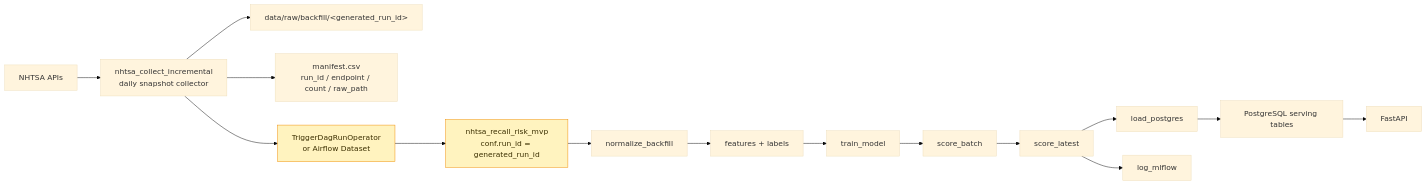
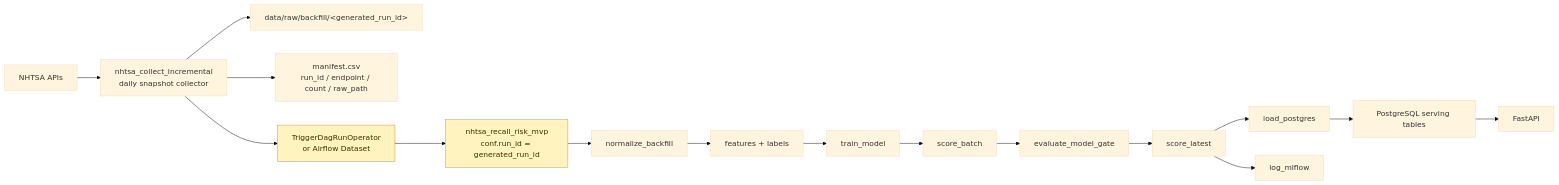
One commit to belucent0/vehicle-recall-risk-mlops changed the third of 5 diagrams in docs/ARCHITECTURE_VISUALIZATION.md. Above: the diagram before and after it, drawn with Mermaid (base theme). The commit also changed other lines of this file and 12 other files, not shown here.

Commit message:
Add model promotion gate

````diff
--- a/docs/ARCHITECTURE_VISUALIZATION.md
+++ b/docs/ARCHITECTURE_VISUALIZATION.md
@@ -163,22 +166,23 @@
 ```mermaid
 flowchart LR
     nhtsa["NHTSA APIs"] --> collect["nhtsa_collect_incremental<br/>daily snapshot collector"]
     collect --> raw["data/raw/backfill/&lt;generated_run_id&gt;"]
     collect --> manifest["manifest.csv<br/>run_id / endpoint / count / raw_path"]
 
     collect --> handoff["TriggerDagRunOperator<br/>or Airflow Dataset"]
     handoff --> process["nhtsa_recall_risk_mvp<br/>conf.run_id = generated_run_id"]
 
     process --> normalize["normalize_backfill"]
     normalize --> features["features + labels"]
     features --> train["train_model"]
     train --> score["score_batch"]
-    score --> latest_score["score_latest"]
+    score --> gate["evaluate_model_gate"]
+    gate --> latest_score["score_latest"]
     latest_score --> load["load_postgres"]
     latest_score --> mlflow["log_mlflow"]
     load --> postgres["PostgreSQL serving tables"]
     postgres --> api["FastAPI"]
 
     classDef next fill:#fff3bf,stroke:#f08c00,color:#3b2f00;
     class handoff,process next;
 ```
````
